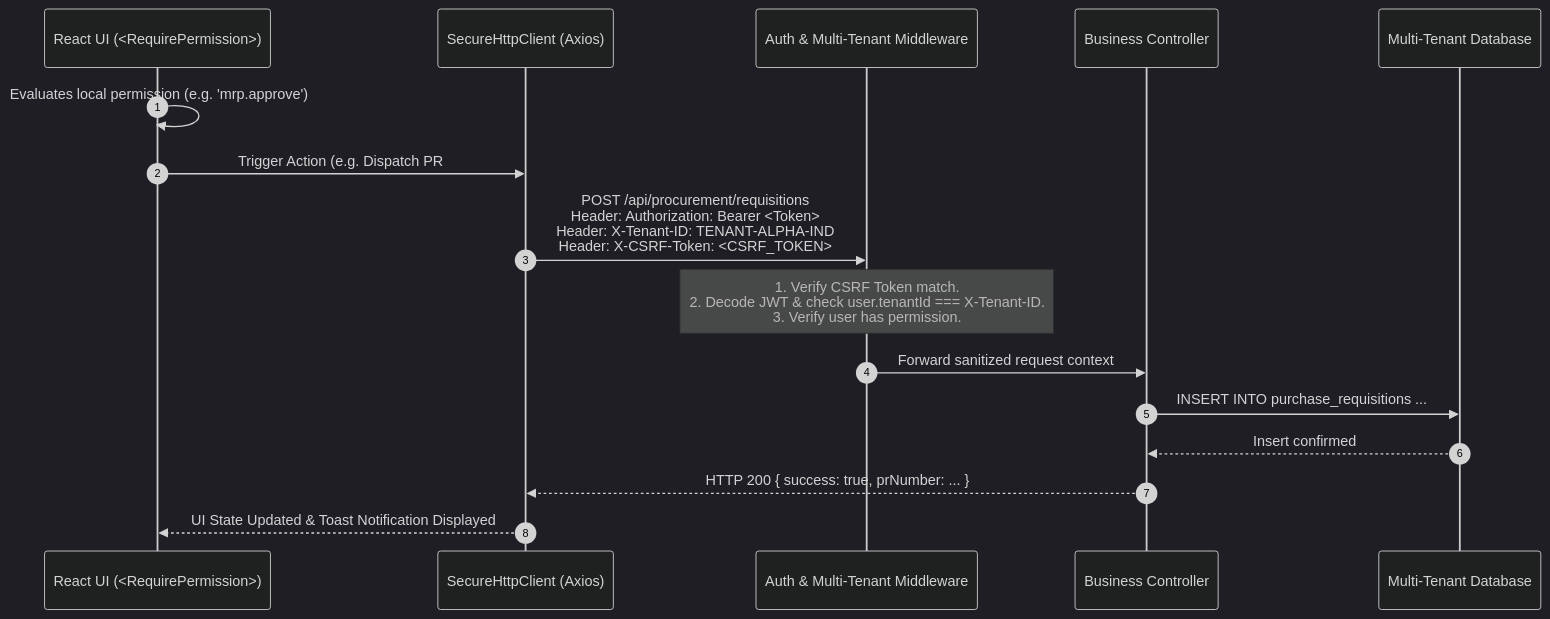
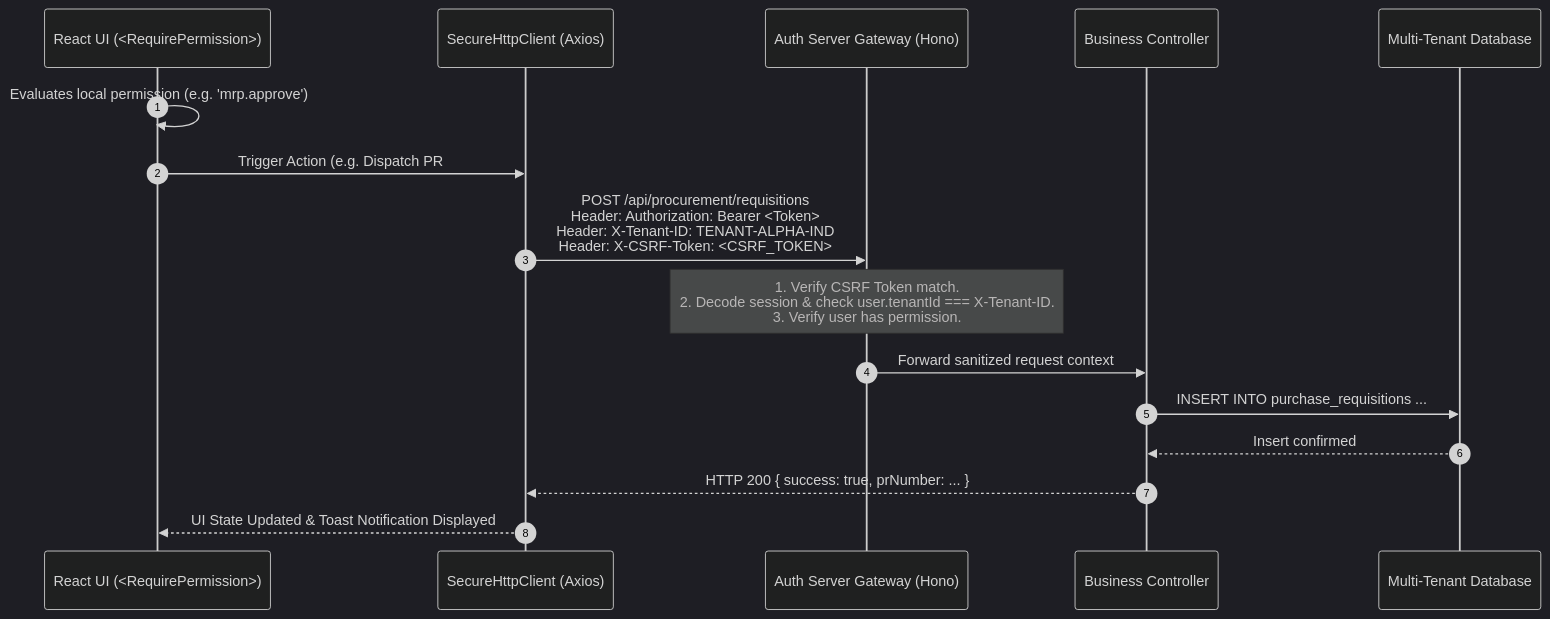
The fifth of 8 diagrams in README.md (datastock2025-prog/SP-PLASTECH), drawn with Mermaid (dark theme) before and after one commit. The commit also changed other lines of this file and 20 other files, not shown here.

Commit message:
chore(config): repoint CI, compose, proxies, and docs to unified API gateway

````diff
--- a/README.md
+++ b/README.md
@@ -316,21 +315,21 @@
 ```mermaid
 sequenceDiagram
     autonumber
     participant React as React UI (<RequirePermission>)
     participant Client as SecureHttpClient (Axios)
-    participant Middleware as Auth & Multi-Tenant Middleware
+    participant Gateway as Auth Server Gateway (Hono)
     participant Controller as Business Controller
     participant DB as Multi-Tenant Database
 
     React->>React: Evaluates local permission (e.g. 'mrp.approve')
     React->>Client: Trigger Action (e.g. Dispatch PR #PR-2026-MRP-01)
-    Client->>Middleware: POST /api/procurement/requisitions<br/>Header: Authorization: Bearer <Token><br/>Header: X-Tenant-ID: TENANT-ALPHA-IND<br/>Header: X-CSRF-Token: <CSRF_TOKEN>
+    Client->>Gateway: POST /api/procurement/requisitions<br/>Header: Authorization: Bearer <Token><br/>Header: X-Tenant-ID: TENANT-ALPHA-IND<br/>Header: X-CSRF-Token: <CSRF_TOKEN>
     
-    Note over Middleware: 1. Verify CSRF Token match.<br/>2. Decode JWT & check user.tenantId === X-Tenant-ID.<br/>3. Verify user has permission.
+    Note over Gateway: 1. Verify CSRF Token match.<br/>2. Decode session & check user.tenantId === X-Tenant-ID.<br/>3. Verify user has permission.
     
-    Middleware->>Controller: Forward sanitized request context
+    Gateway->>Controller: Forward sanitized request context
     Controller->>DB: INSERT INTO purchase_requisitions ...
     DB-->>Controller: Insert confirmed
     Controller-->>Client: HTTP 200 { success: true, prNumber: ... }
     Client-->>React: UI State Updated & Toast Notification Displayed
 ```
````
